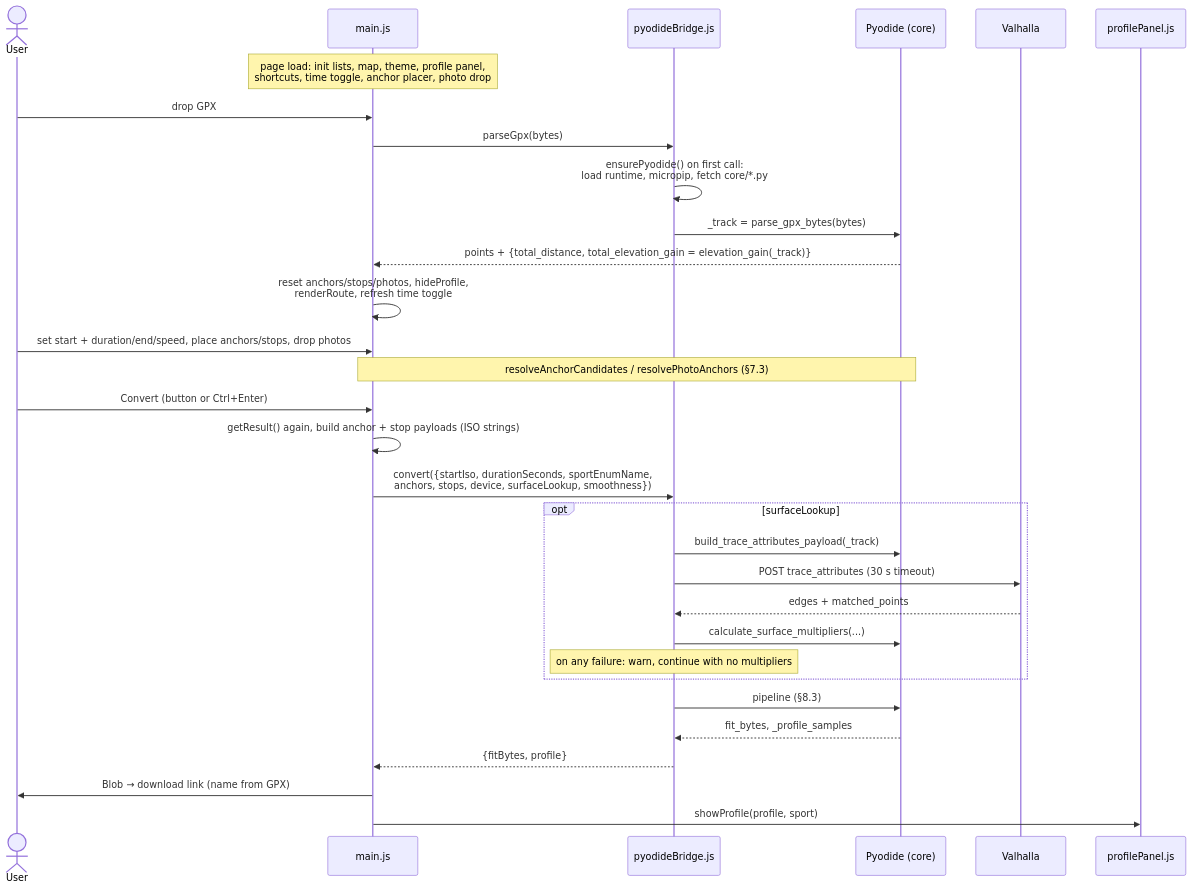
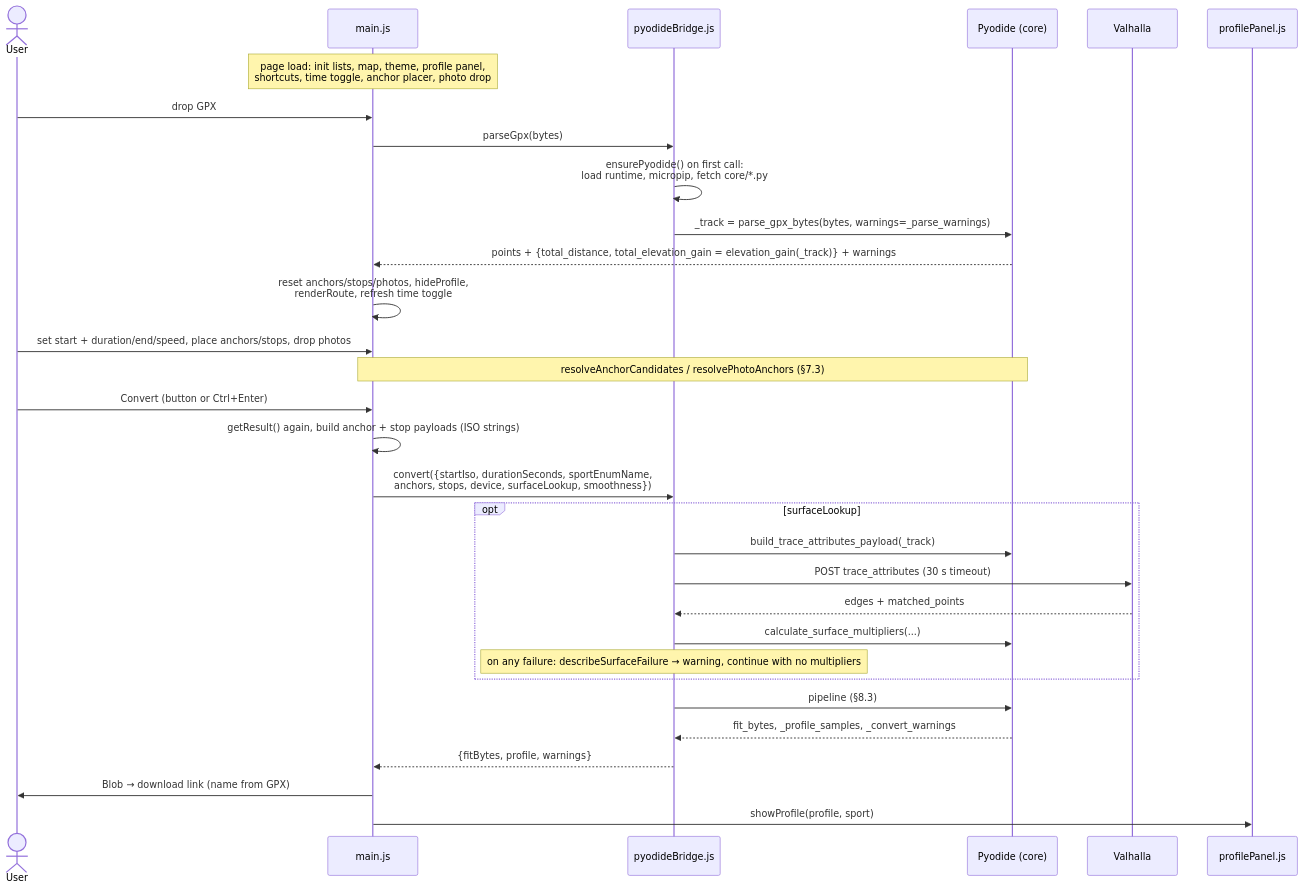
Before and after one commit to martin-iflap/GPX_to_FIT: diagram 13 of 15 in docs/ARCHITECTURE.md, drawn with Mermaid. The commit also changed other lines of this file and 14 other files, not shown here.

````diff
--- a/docs/ARCHITECTURE.md
+++ b/docs/ARCHITECTURE.md
@@ -826,34 +851,34 @@
 ```mermaid
 sequenceDiagram
   actor U as User
   participant Main as main.js
   participant B as pyodideBridge.js
   participant Py as Pyodide (core)
   participant V as Valhalla
   participant PP as profilePanel.js
 
   Note over Main: page load: init lists, map, theme, profile panel,<br/>shortcuts, time toggle, anchor placer, photo drop
   U->>Main: drop GPX
   Main->>B: parseGpx(bytes)
   B->>B: ensurePyodide() on first call:<br/>load runtime, micropip, fetch core/*.py
-  B->>Py: _track = parse_gpx_bytes(bytes)
-  Py-->>Main: points + {total_distance, total_elevation_gain = elevation_gain(_track)}
+  B->>Py: _track = parse_gpx_bytes(bytes, warnings=_parse_warnings)
+  Py-->>Main: points + {total_distance, total_elevation_gain = elevation_gain(_track)} + warnings
   Main->>Main: reset anchors/stops/photos, hideProfile,<br/>renderRoute, refresh time toggle
   U->>Main: set start + duration/end/speed, place anchors/stops, drop photos
   Note over Main,Py: resolveAnchorCandidates / resolvePhotoAnchors (§7.3)
   U->>Main: Convert (button or Ctrl+Enter)
   Main->>Main: getResult() again, build anchor + stop payloads (ISO strings)
   Main->>B: convert({startIso, durationSeconds, sportEnumName,<br/>anchors, stops, device, surfaceLookup, smoothness})
   opt surfaceLookup
     B->>Py: build_trace_attributes_payload(_track)
     B->>V: POST trace_attributes (30 s timeout)
     V-->>B: edges + matched_points
     B->>Py: calculate_surface_multipliers(...)
-    Note over B: on any failure: warn, continue with no multipliers
+    Note over B: on any failure: describeSurfaceFailure → warning, continue with no multipliers
   end
   B->>Py: pipeline (§8.3)
-  Py-->>B: fit_bytes, _profile_samples
-  B-->>Main: {fitBytes, profile}
+  Py-->>B: fit_bytes, _profile_samples, _convert_warnings
+  B-->>Main: {fitBytes, profile, warnings}
   Main->>U: Blob → download link (name from GPX)
   Main->>PP: showProfile(profile, sport)
 ```
````
